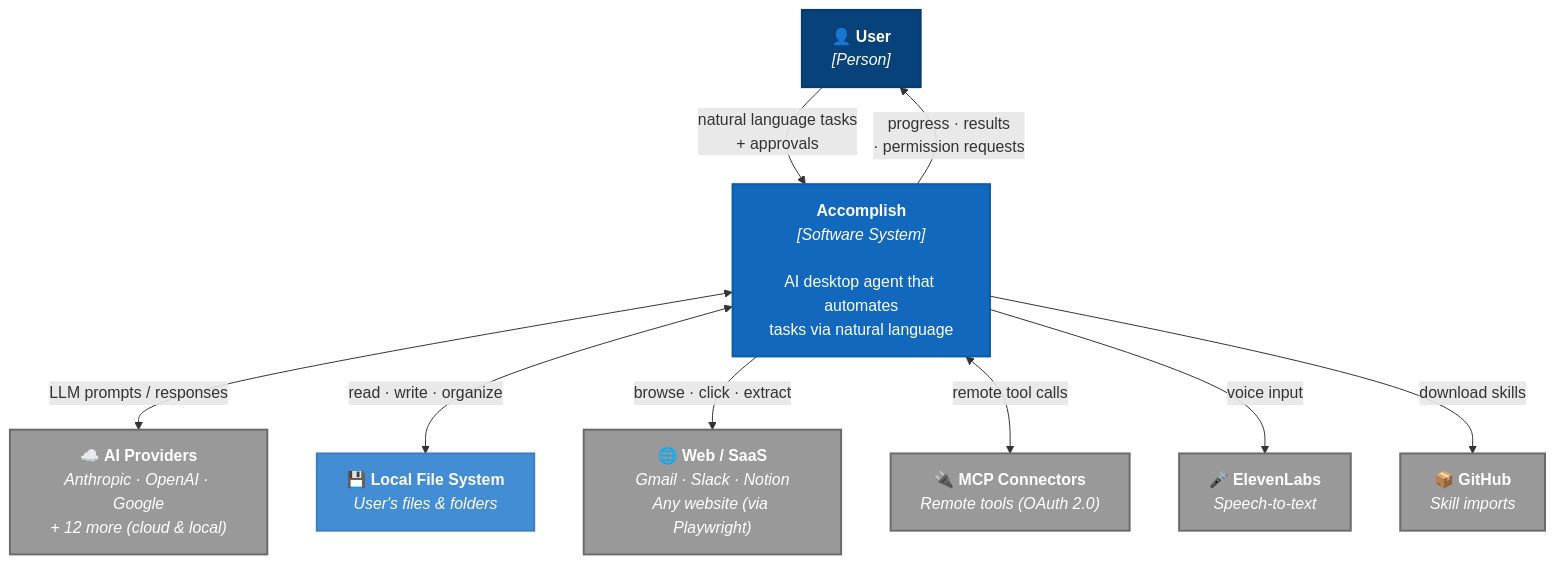
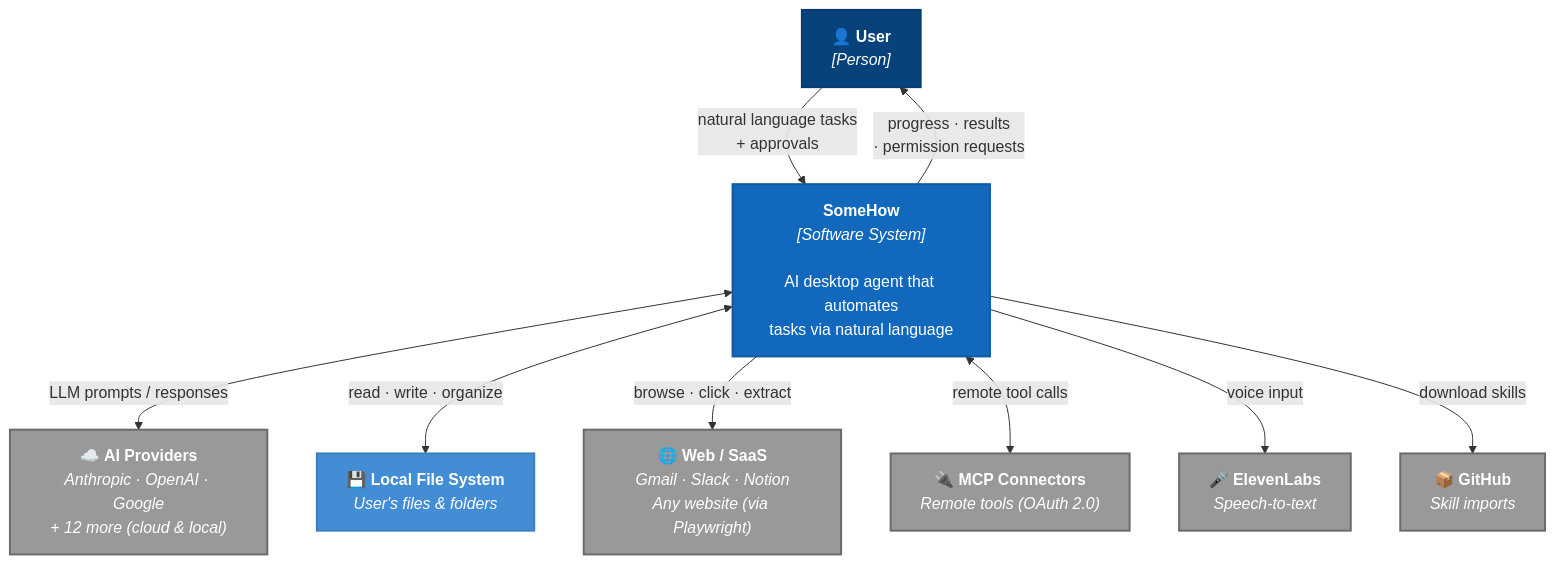
The first of 2 diagrams in docs/context-diagram.md (its-harshit/openplish), drawn with Mermaid before and after one commit. The commit also changed other lines of this file and 148 other files, not shown here.

````diff
--- a/docs/context-diagram.md
+++ b/docs/context-diagram.md
@@ -12,27 +12,27 @@
 ```mermaid
 graph TB
     classDef person fill:#08427B,color:#fff,stroke:#073B6F,stroke-width:2px
     classDef system fill:#1168BD,color:#fff,stroke:#0E5AA7,stroke-width:2px
     classDef external fill:#999,color:#fff,stroke:#6B6B6B,stroke-width:2px
     classDef local fill:#438DD5,color:#fff,stroke:#3C7FC0,stroke-width:2px
 
     User["👤 <b>User</b><br/><i>[Person]</i>"]:::person
 
-    Accomplish["<b>Accomplish</b><br/><i>[Software System]</i><br/><br/>AI desktop agent that automates<br/>tasks via natural language"]:::system
+    SomeHow["<b>SomeHow</b><br/><i>[Software System]</i><br/><br/>AI desktop agent that automates<br/>tasks via natural language"]:::system
 
     AI["☁️ <b>AI Providers</b><br/><i>Anthropic · OpenAI · Google<br/>+ 12 more (cloud & local)</i>"]:::external
     FS["💾 <b>Local File System</b><br/><i>User's files & folders</i>"]:::local
     BROWSER["🌐 <b>Web / SaaS</b><br/><i>Gmail · Slack · Notion<br/>Any website (via Playwright)</i>"]:::external
     MCP["🔌 <b>MCP Connectors</b><br/><i>Remote tools (OAuth 2.0)</i>"]:::external
     VOICE["🎤 <b>ElevenLabs</b><br/><i>Speech-to-text</i>"]:::external
     SKILLS["📦 <b>GitHub</b><br/><i>Skill imports</i>"]:::external
 
-    User -->|"natural language tasks<br/>+ approvals"| Accomplish
-    Accomplish -->|"progress · results<br/>· permission requests"| User
-    Accomplish <-->|"LLM prompts / responses"| AI
-    Accomplish <-->|"read · write · organize"| FS
-    Accomplish -->|"browse · click · extract"| BROWSER
-    Accomplish <-->|"remote tool calls"| MCP
-    Accomplish -->|"voice input"| VOICE
-    Accomplish -->|"download skills"| SKILLS
+    User -->|"natural language tasks<br/>+ approvals"| SomeHow
+    SomeHow -->|"progress · results<br/>· permission requests"| User
+    SomeHow <-->|"LLM prompts / responses"| AI
+    SomeHow <-->|"read · write · organize"| FS
+    SomeHow -->|"browse · click · extract"| BROWSER
+    SomeHow <-->|"remote tool calls"| MCP
+    SomeHow -->|"voice input"| VOICE
+    SomeHow -->|"download skills"| SKILLS
 ```
````
